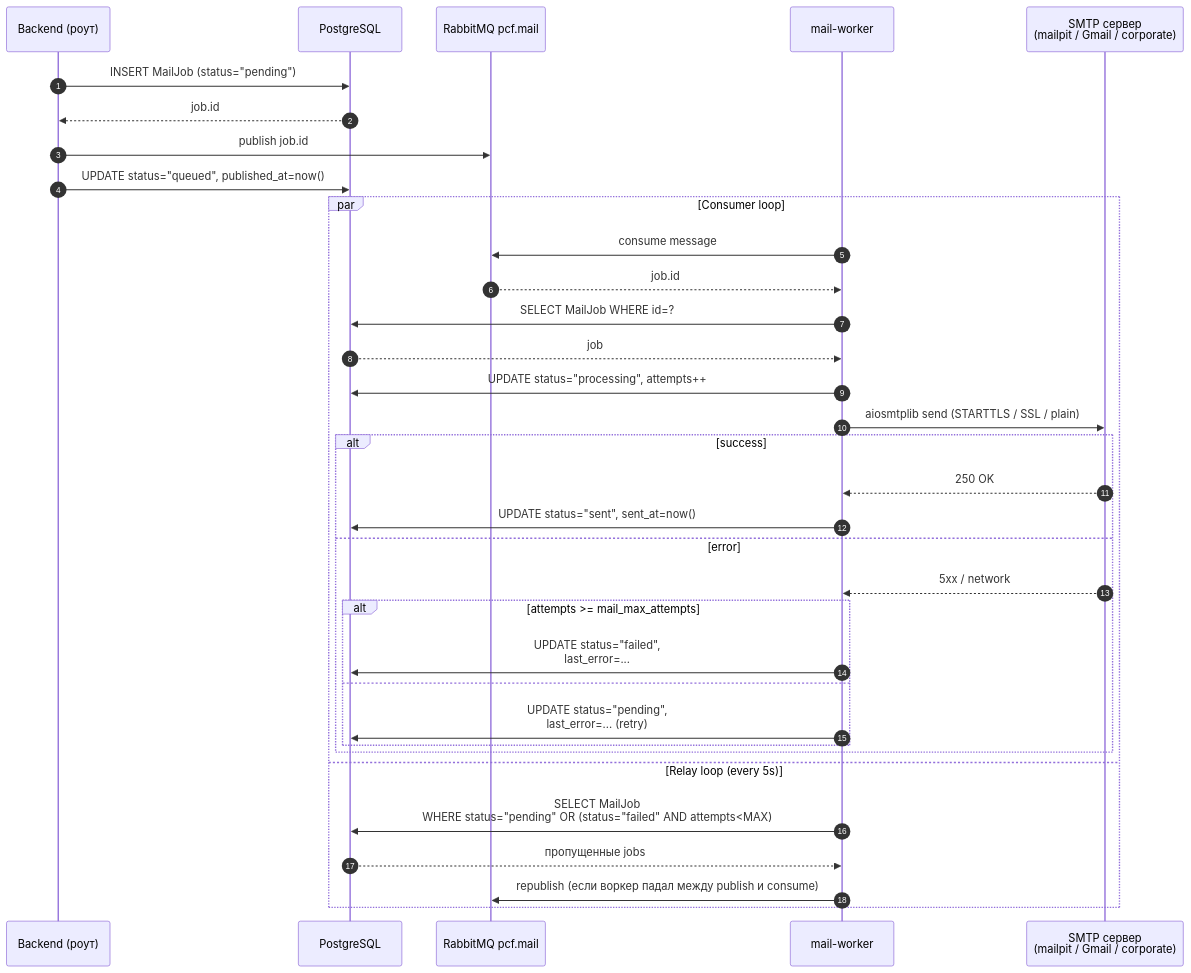
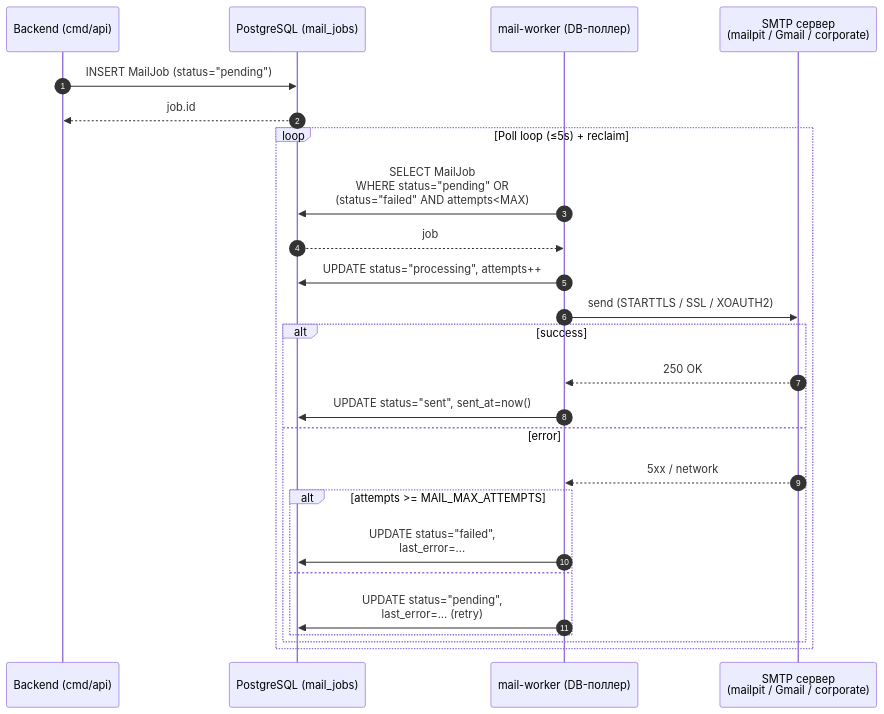
The tenth of 20 diagrams in docs/ARCH_DIAGRAMS.md (nkolomiika/FROST), drawn with Mermaid before and after one commit. The commit also changed other lines of this file and 11 other files, not shown here.

````diff
--- a/docs/ARCH_DIAGRAMS.md
+++ b/docs/ARCH_DIAGRAMS.md
@@ -327,38 +322,29 @@
 ```mermaid
 sequenceDiagram
     autonumber
-    participant API as Backend (роут)
-    participant DB as PostgreSQL
-    participant MQ as RabbitMQ pcf.mail
-    participant W as mail-worker
+    participant API as Backend (cmd/api)
+    participant DB as PostgreSQL (mail_jobs)
+    participant W as mail-worker (DB-поллер)
     participant SMTP as SMTP сервер<br/>(mailpit / Gmail / corporate)
 
     API->>DB: INSERT MailJob (status="pending")
     DB-->>API: job.id
-    API->>MQ: publish job.id
-    API->>DB: UPDATE status="queued", published_at=now()
 
-    par Consumer loop
-        W->>MQ: consume message
-        MQ-->>W: job.id
-        W->>DB: SELECT MailJob WHERE id=?
+    loop Poll loop (≤5s) + reclaim
+        W->>DB: SELECT MailJob<br/>WHERE status="pending" OR<br/>(status="failed" AND attempts<MAX)
         DB-->>W: job
         W->>DB: UPDATE status="processing", attempts++
-        W->>SMTP: aiosmtplib send (STARTTLS / SSL / plain)
+        W->>SMTP: send (STARTTLS / SSL / XOAUTH2)
         alt success
             SMTP-->>W: 250 OK
             W->>DB: UPDATE status="sent", sent_at=now()
         else error
             SMTP-->>W: 5xx / network
-            alt attempts >= mail_max_attempts
+            alt attempts >= MAIL_MAX_ATTEMPTS
                 W->>DB: UPDATE status="failed",<br/>last_error=...
             else
                 W->>DB: UPDATE status="pending",<br/>last_error=... (retry)
             end
         end
-    and Relay loop (every 5s)
-        W->>DB: SELECT MailJob<br/>WHERE status="pending" OR (status="failed" AND attempts<MAX)
-        DB-->>W: пропущенные jobs
-        W->>MQ: republish (если воркер падал между publish и consume)
     end
 ```
````
